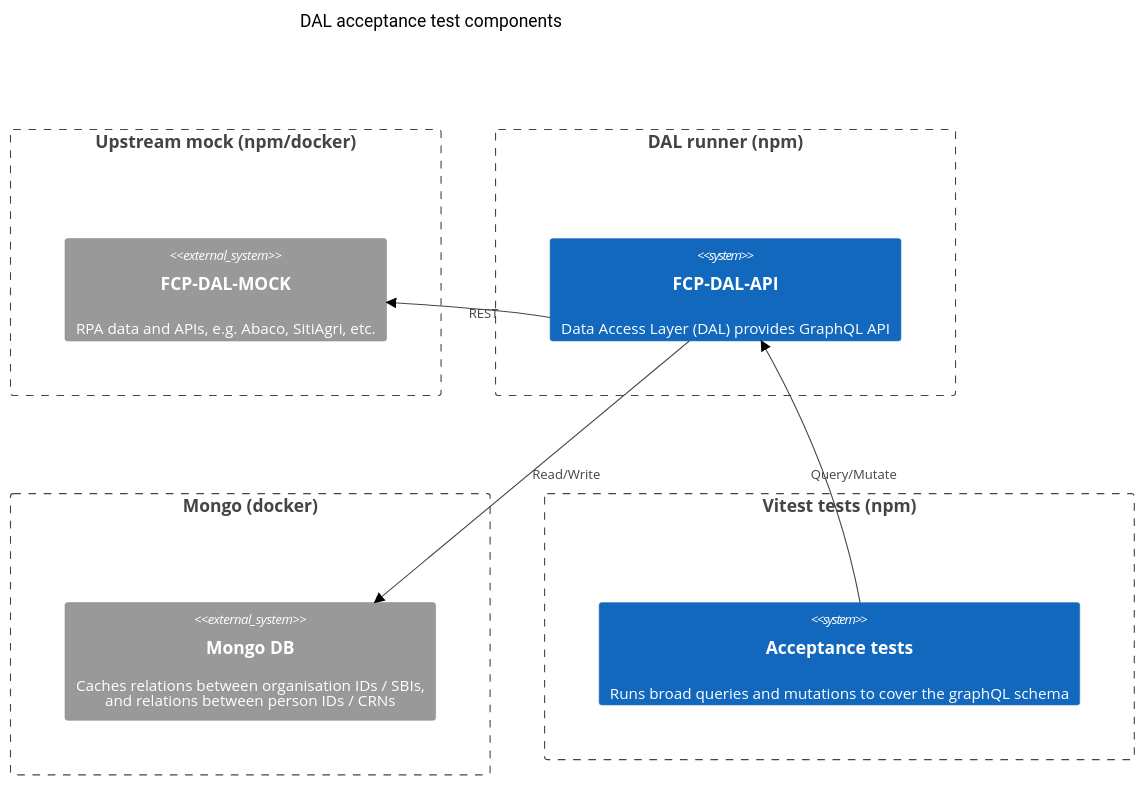
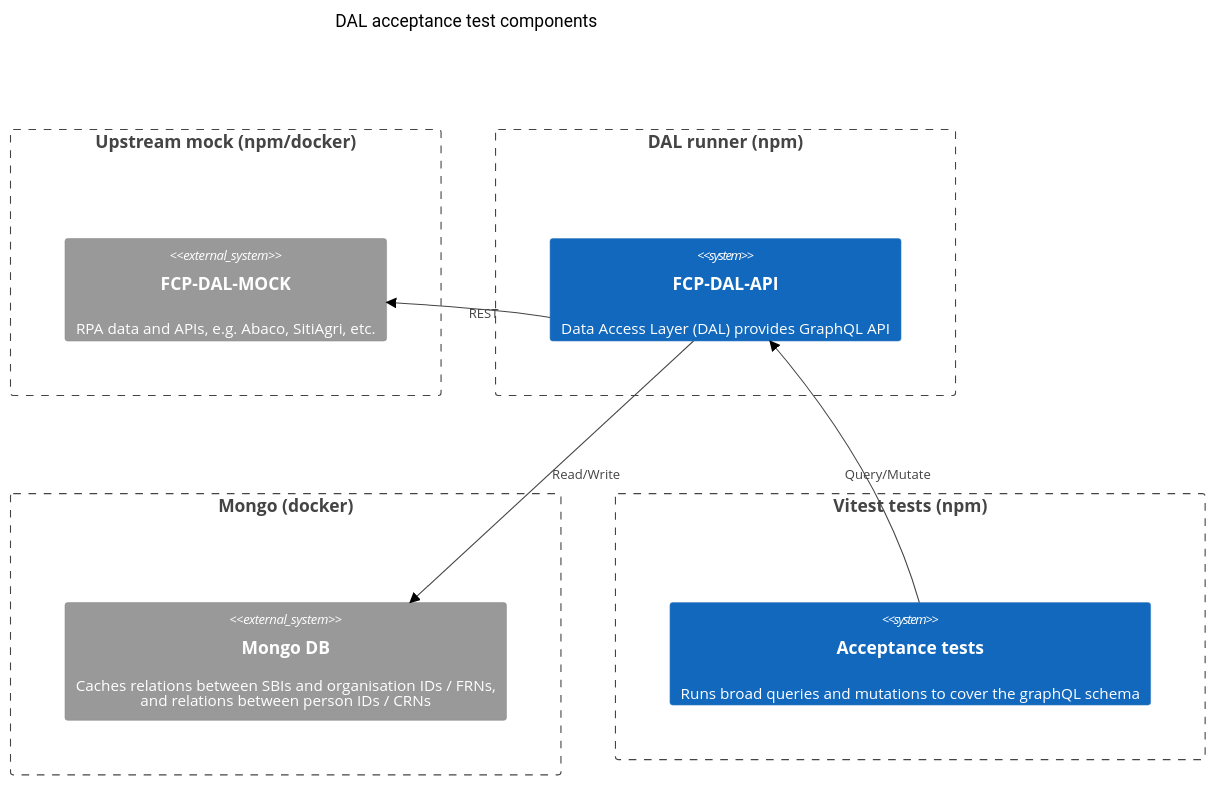
Before and after one commit to DEFRA/fcp-dal-api: the second of 8 diagrams in docs/architecture.md, drawn with Mermaid (neutral theme). The commit also changed other lines of this file and 24 other files, not shown here.

````diff
--- a/docs/architecture.md
+++ b/docs/architecture.md
@@ -71,26 +71,26 @@
 ```mermaid
 C4Context
   title DAL acceptance test components
 
   Boundary(mock, "Upstream mock (npm/docker)", "") {
     System_Ext(dal-mock, "FCP-DAL-MOCK", "RPA data and APIs, e.g. Abaco, SitiAgri, etc.")
   }
 
   Boundary(dal, "DAL runner (npm)", "") {
     System(dal-api, "FCP-DAL-API", "Data Access Layer (DAL) provides GraphQL API")
   }
 
   Boundary(db, "Mongo (docker)", "") {
-    System_Ext(mongo, "Mongo DB", "Caches relations between organisation IDs / SBIs,
+    System_Ext(mongo, "Mongo DB", "Caches relations between SBIs and organisation IDs / FRNs,
       <br />
       and relations between person IDs / CRNs")
   }
 
   Boundary(vitest, "Vitest tests (npm)", "") {
     System(tests, "Acceptance tests", "Runs broad queries and mutations to cover the graphQL schema")
   }
 
   Rel(dal-api, mongo, "Read/Write")
   Rel(dal-api, dal-mock, "REST")
   Rel(tests, dal-api, "Query/Mutate")
 ```
````
